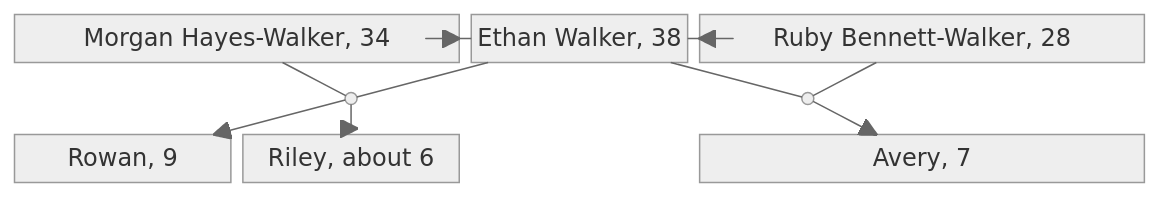
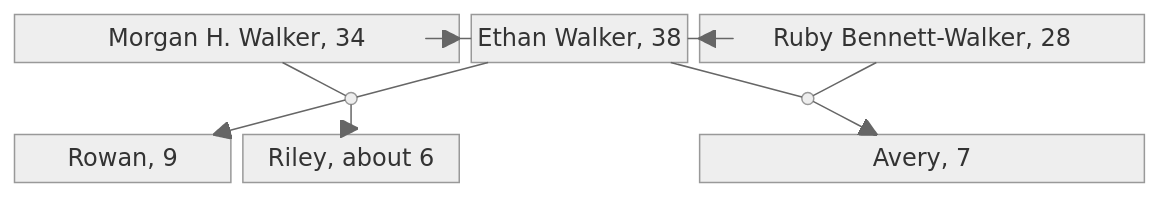
The first of 2 diagrams in characters/family-tree.md (WasteOfADrumBum/reflections-manga), drawn with Mermaid (neutral theme) before and after one commit. The commit also changed other lines of this file and 77 other files, not shown here.

````diff
--- a/characters/family-tree.md
+++ b/characters/family-tree.md
@@ -6,17 +6,17 @@
 ```mermaid
 block-beta
   columns 5
-  M["Morgan Hayes-Walker, 34"]:2 E["Ethan Walker, 38"] R["Ruby Bennett-Walker, 28"]:2
+  M["Morgan H. Walker, 34"]:2 E["Ethan Walker, 38"] R["Ruby Bennett-Walker, 28"]:2
   space EM((" ")) space ER((" ")) space
   C1["Rowan, 9"] C3["Riley, about 6"] space C2["Avery, 7"]:2
 
   E --> M
   E --> R
   M --- EM
   E --- EM
   E --- ER
   R --- ER
   EM --> C1
   EM --> C3
   ER --> C2
 ```
````
